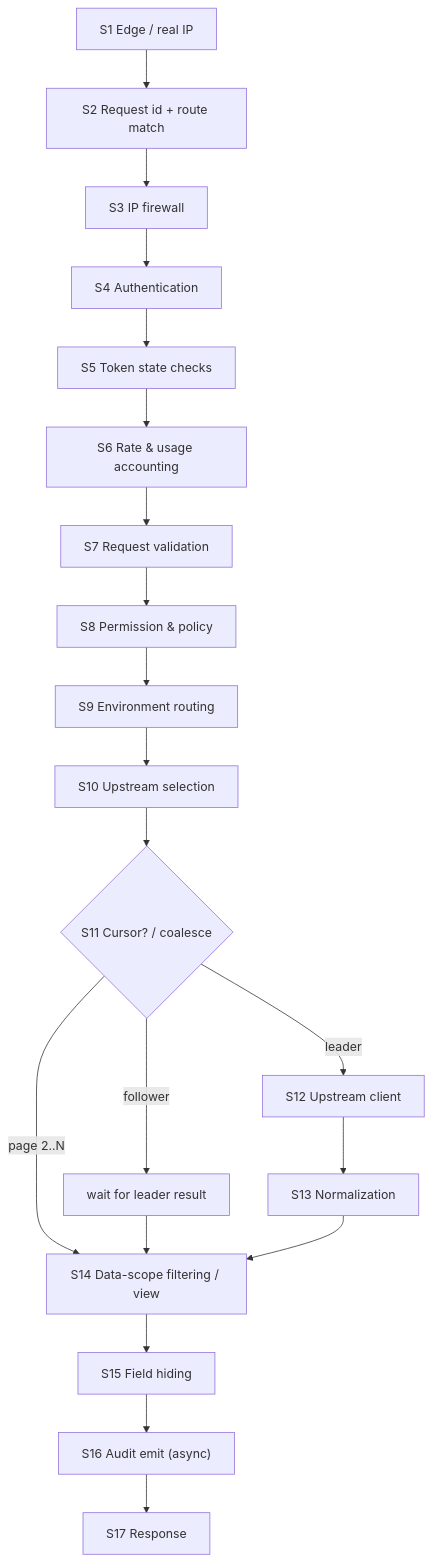
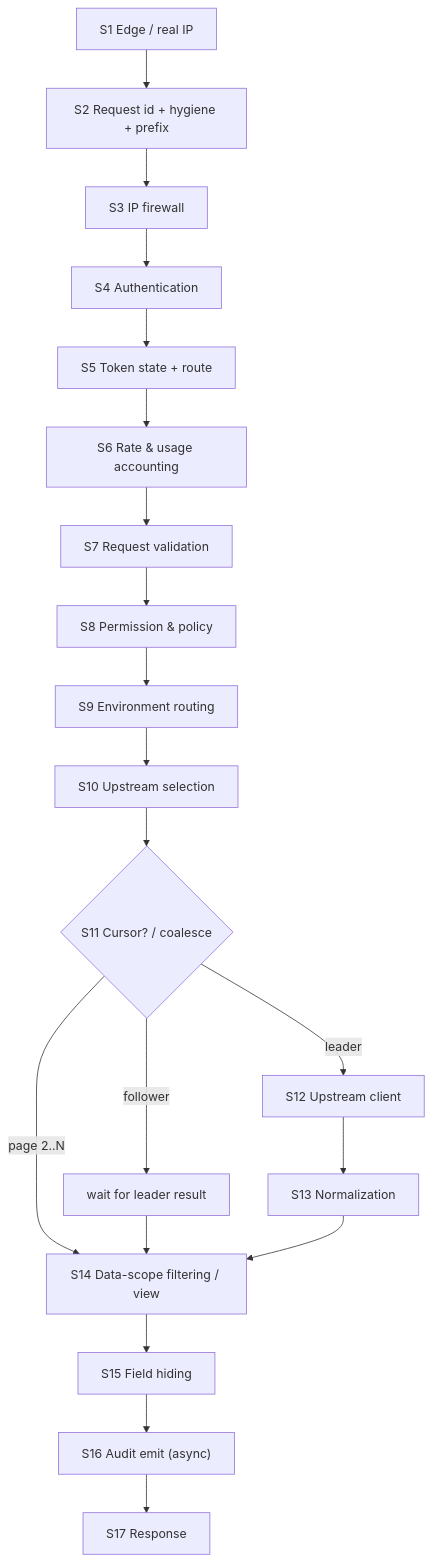
One commit to Web3Abbas/Shamel changed the sixth of 11 diagrams in docs/design/01-architecture.md. Above: the diagram before and after it, drawn with Mermaid. The commit also changed other lines of this file and 3 other files, not shown here.

First line of the commit message:
Continue applying review findings across architecture, security, permissions and operations (in progress)

````diff
--- a/docs/design/01-architecture.md
+++ b/docs/design/01-architecture.md
@@ -400,11 +476,11 @@
 ```mermaid
 flowchart TD
-  s1["S1 Edge / real IP"] --> s2["S2 Request id + route match"] --> s3["S3 IP firewall"]
-  s3 --> s4["S4 Authentication"] --> s5["S5 Token state checks"] --> s6["S6 Rate & usage accounting"]
+  s1["S1 Edge / real IP"] --> s2["S2 Request id + hygiene + prefix"] --> s3["S3 IP firewall"]
+  s3 --> s4["S4 Authentication"] --> s5["S5 Token state + route"] --> s6["S6 Rate & usage accounting"]
   s6 --> s7["S7 Request validation"] --> s8["S8 Permission & policy"] --> s9["S9 Environment routing"]
   s9 --> s10["S10 Upstream selection"] --> s11{"S11 Cursor? / coalesce"}
   s11 -->|"page 2..N"| s14
   s11 -->|"follower"| wait["wait for leader result"] --> s14
   s11 -->|"leader"| s12["S12 Upstream client"] --> s13["S13 Normalization"] --> s14["S14 Data-scope filtering / view"]
   s14 --> s15["S15 Field hiding"] --> s16["S16 Audit emit (async)"] --> s17["S17 Response"]
 ```
````
